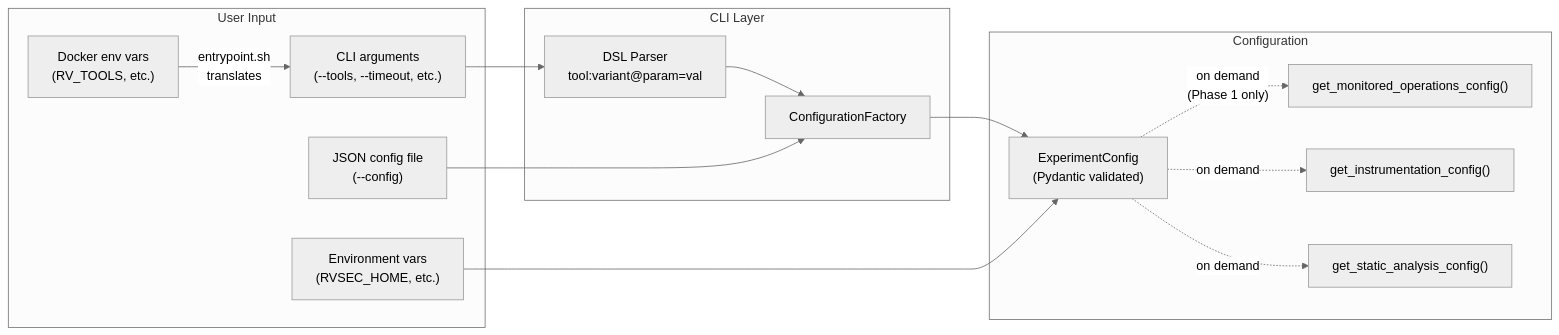
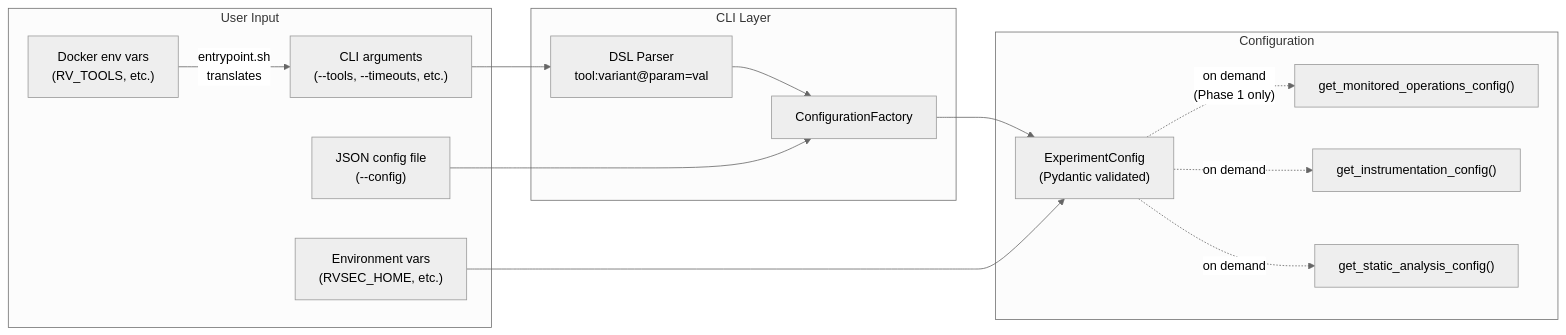
One commit to PAMunb/rvsec changed the fourth of 6 diagrams in rv-android/modules/rv-experiment/docs/architecture.md. Above: the diagram before and after it, drawn with Mermaid. The commit also changed 15 other files, not shown here.

````diff
--- a/rv-android/modules/rv-experiment/docs/architecture.md
+++ b/rv-android/modules/rv-experiment/docs/architecture.md
@@ -383,32 +383,32 @@
 ```mermaid
 %%{init: {'theme': 'neutral'}}%%
 flowchart LR
     subgraph Input["User Input"]
-        CLIArgs["CLI arguments\n(--tools, --timeout, etc.)"]
+        CLIArgs["CLI arguments\n(--tools, --timeouts, etc.)"]
         JSONFile["JSON config file\n(--config)"]
         EnvVars["Environment vars\n(RVSEC_HOME, etc.)"]
         DockerVars["Docker env vars\n(RV_TOOLS, etc.)"]
     end
 
     subgraph Parsing["CLI Layer"]
         DSLParse["DSL Parser\ntool:variant@param=val"]
         ConfigFact["ConfigurationFactory"]
     end
 
     subgraph Validation["Configuration"]
         ExpConfig["ExperimentConfig\n(Pydantic validated)"]
         JITGen["get_monitored_operations_config()"]
         JITInstr["get_instrumentation_config()"]
         JITStatic["get_static_analysis_config()"]
     end
 
     CLIArgs --> DSLParse
     DSLParse --> ConfigFact
     JSONFile --> ConfigFact
     DockerVars -->|"entrypoint.sh\ntranslates"| CLIArgs
     ConfigFact --> ExpConfig
     EnvVars --> ExpConfig
     ExpConfig -.->|"on demand\n(Phase 1 only)"| JITGen
     ExpConfig -.->|"on demand"| JITInstr
     ExpConfig -.->|"on demand"| JITStatic
 ```
````
